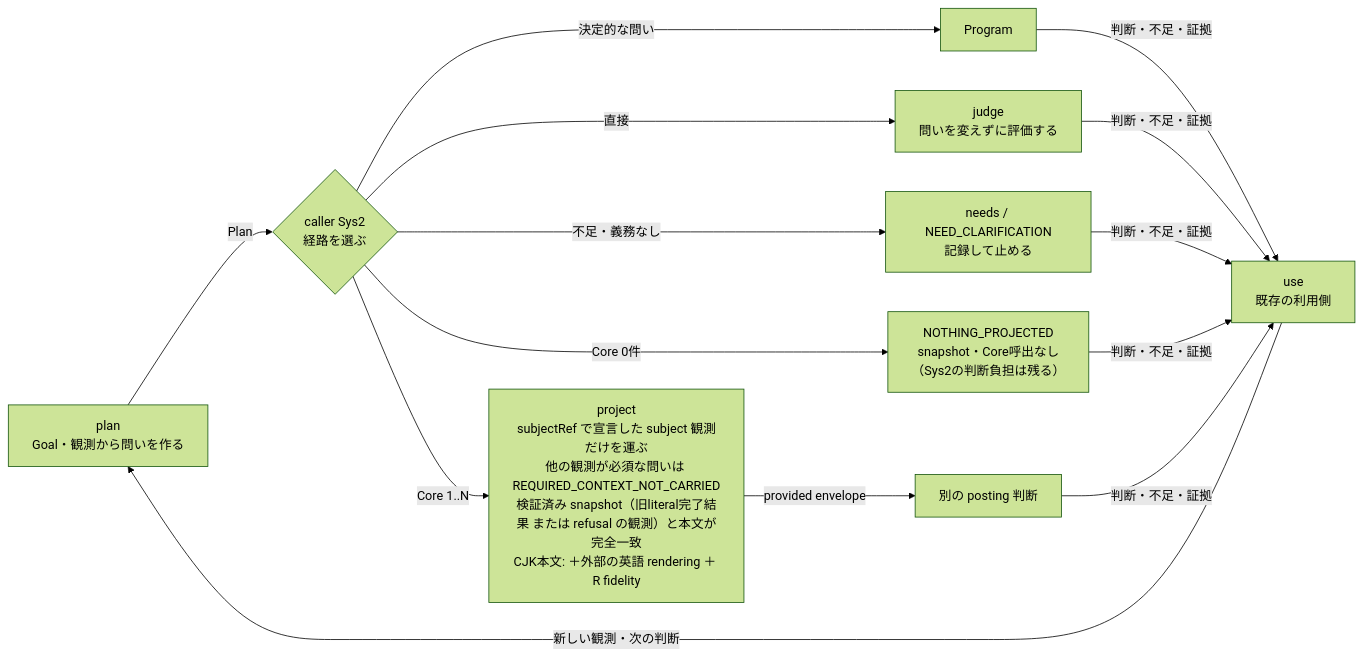
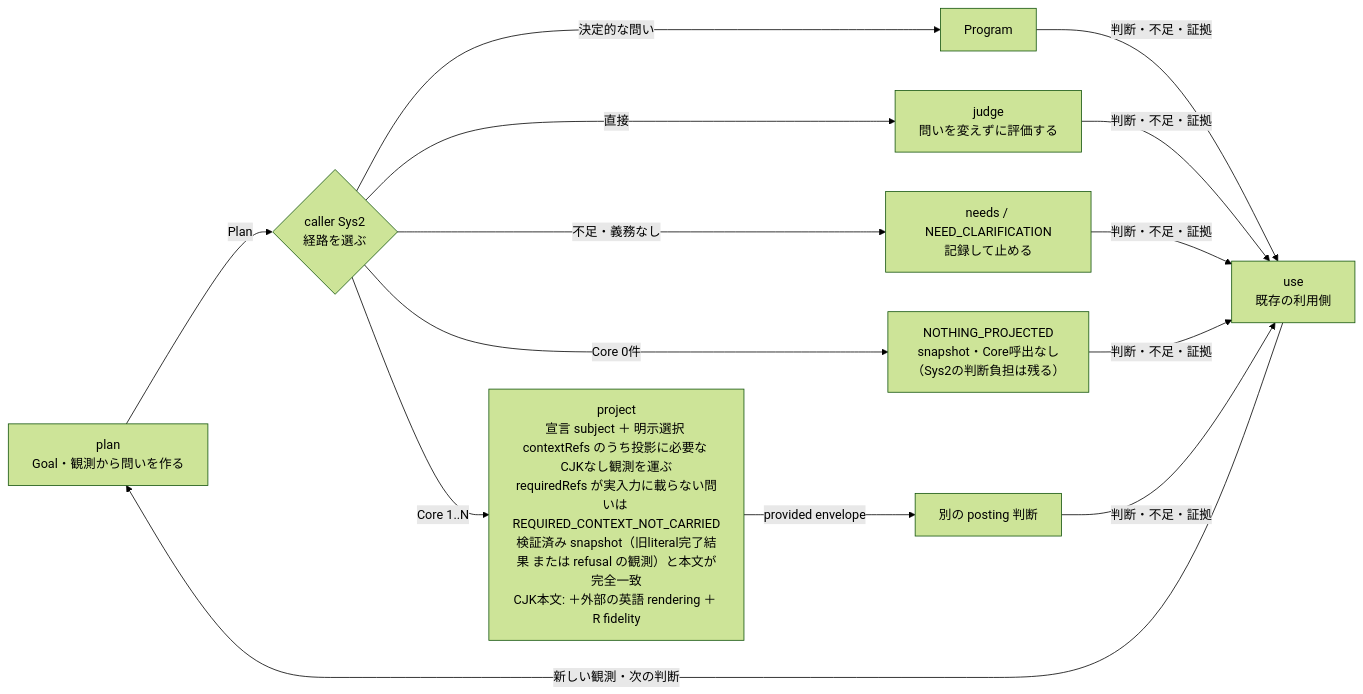
The diagram in experiments/goal-evaluation-unix/README.md (roccho-org/ops), drawn with Mermaid (forest theme) before and after one commit. The commit also changed other lines of this file, not shown here.

Commit message:
docs(goal-evaluation): describe selected context carriage

````diff
--- a/experiments/goal-evaluation-unix/README.md
+++ b/experiments/goal-evaluation-unix/README.md
@@ -5,12 +5,12 @@
 ```mermaid
 flowchart LR
     P["plan<br/>Goal・観測から問いを作る"] -->|"Plan"| S{"caller Sys2<br/>経路を選ぶ"}
     S -->|"決定的な問い"| G["Program"]
     S -->|"直接"| J["judge<br/>問いを変えずに評価する"]
     S -->|"不足・義務なし"| N["needs / NEED_CLARIFICATION<br/>記録して止める"]
     S -->|"Core 0件"| Z["NOTHING_PROJECTED<br/>snapshot・Core呼出なし<br/>（Sys2の判断負担は残る）"]
-    S -->|"Core 1..N"| X["project<br/>subjectRef で宣言した subject 観測だけを運ぶ<br/>他の観測が必須な問いは REQUIRED_CONTEXT_NOT_CARRIED<br/>検証済み snapshot（旧literal完了結果 または refusal の観測）と本文が完全一致<br/>CJK本文: ＋外部の英語 rendering ＋ R fidelity"]
+    S -->|"Core 1..N"| X["project<br/>宣言 subject ＋ 明示選択 contextRefs のうち投影に必要な CJKなし観測を運ぶ<br/>requiredRefs が実入力に載らない問いは REQUIRED_CONTEXT_NOT_CARRIED<br/>検証済み snapshot（旧literal完了結果 または refusal の観測）と本文が完全一致<br/>CJK本文: ＋外部の英語 rendering ＋ R fidelity"]
     X -->|"provided envelope"| D["別の posting 判断"]
     G & J & N & Z & D -->|"判断・不足・証拠"| U["use<br/>既存の利用側"]
     U -->|"新しい観測・次の判断"| P
 ```
````
